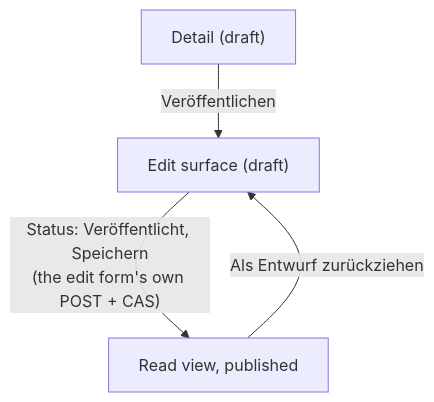
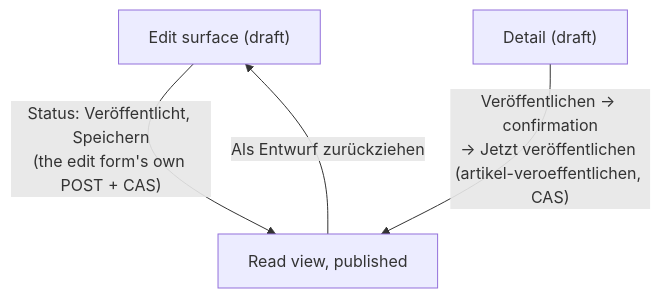
Before and after one commit to deutscher-pfadfinderbund/bundesarchiv: the third of 7 diagrams in docs/design/userflows.md, drawn with Mermaid. The commit also changed other lines of this file and 18 other files, not shown here.

````diff
--- a/docs/design/userflows.md
+++ b/docs/design/userflows.md
@@ -93,6 +93,6 @@
 ```mermaid
 flowchart TD
     EDIT["Edit surface (draft)"] -->|"Status: Veröffentlicht, Speichern\n(the edit form's own POST + CAS)"| READ["Read view, published"]
-    DET["Detail (draft)"] -->|"Veröffentlichen"| EDIT
+    DET["Detail (draft)"] -->|"Veröffentlichen → confirmation\n→ Jetzt veröffentlichen (artikel-veroeffentlichen, CAS)"| READ
     READ -->|"Als Entwurf zurückziehen"| EDIT
 ```
````
